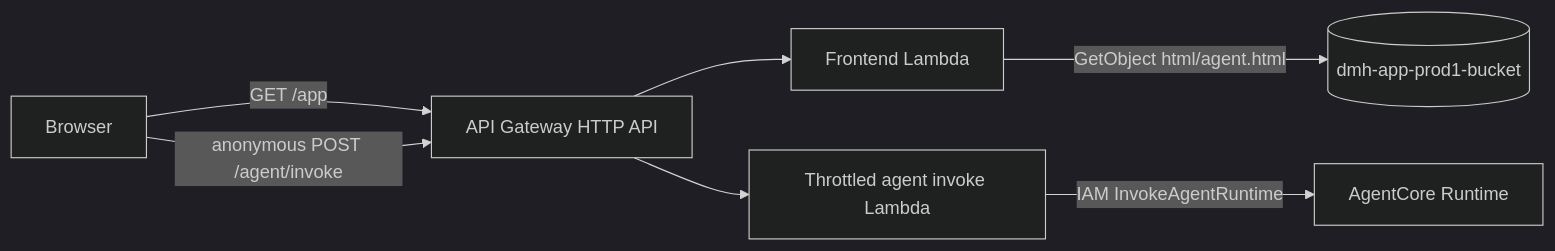
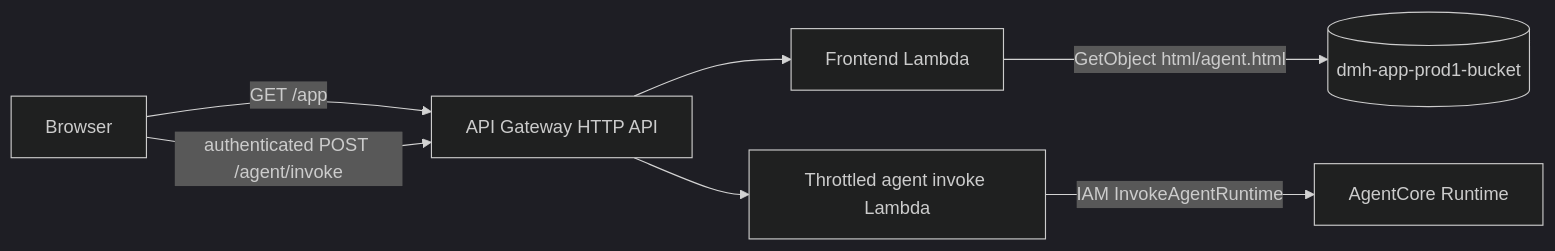
Before and after one commit to decmhugh/thedigitalmindhub-project1: the diagram in specs/003-ai-agent-frontend/plan.md, drawn with Mermaid (dark theme). The commit also changed other lines of this file and 33 other files, not shown here.

````diff
--- a/specs/003-ai-agent-frontend/plan.md
+++ b/specs/003-ai-agent-frontend/plan.md
@@ -8,9 +8,9 @@
 ```mermaid
 flowchart LR
   B[Browser] -->|GET /app| A[API Gateway HTTP API]
   A --> F[Frontend Lambda]
   F -->|GetObject html/agent.html| S[(dmh-app-prod1-bucket)]
-  B -->|anonymous POST /agent/invoke| A
+  B -->|authenticated POST /agent/invoke| A
   A --> I[Throttled agent invoke Lambda]
   I -->|IAM InvokeAgentRuntime| R[AgentCore Runtime]
 ```
````
